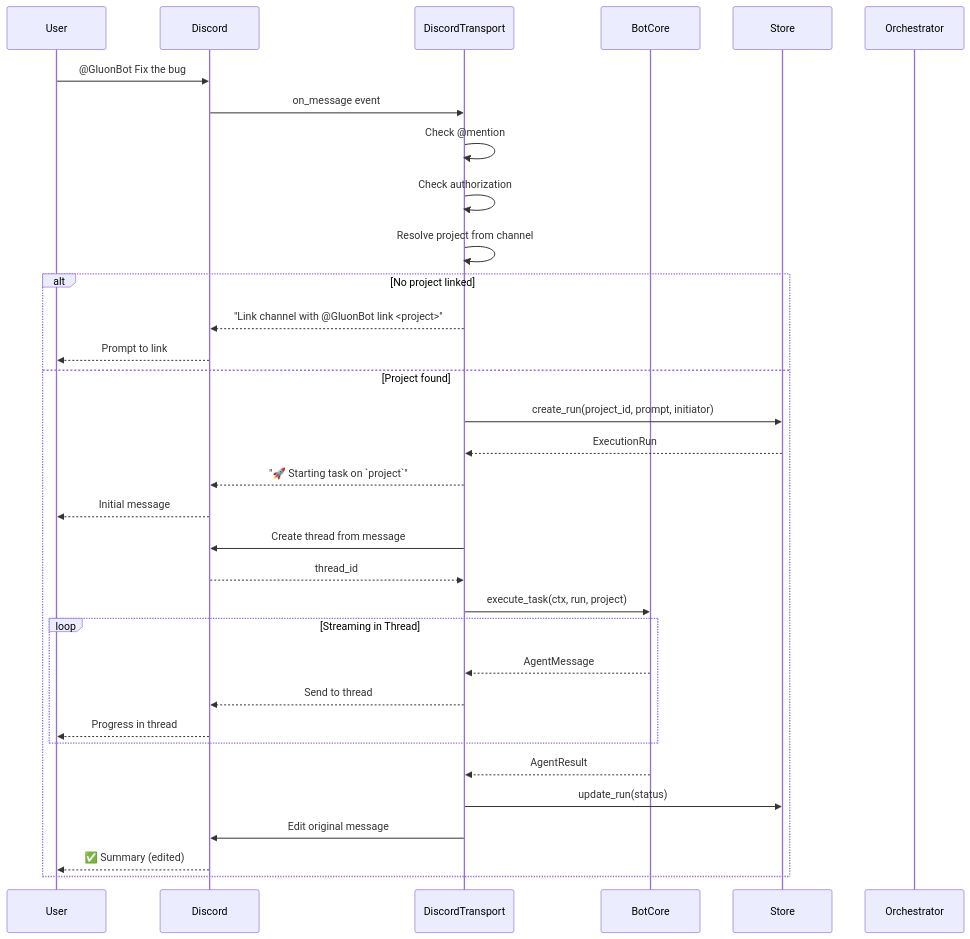
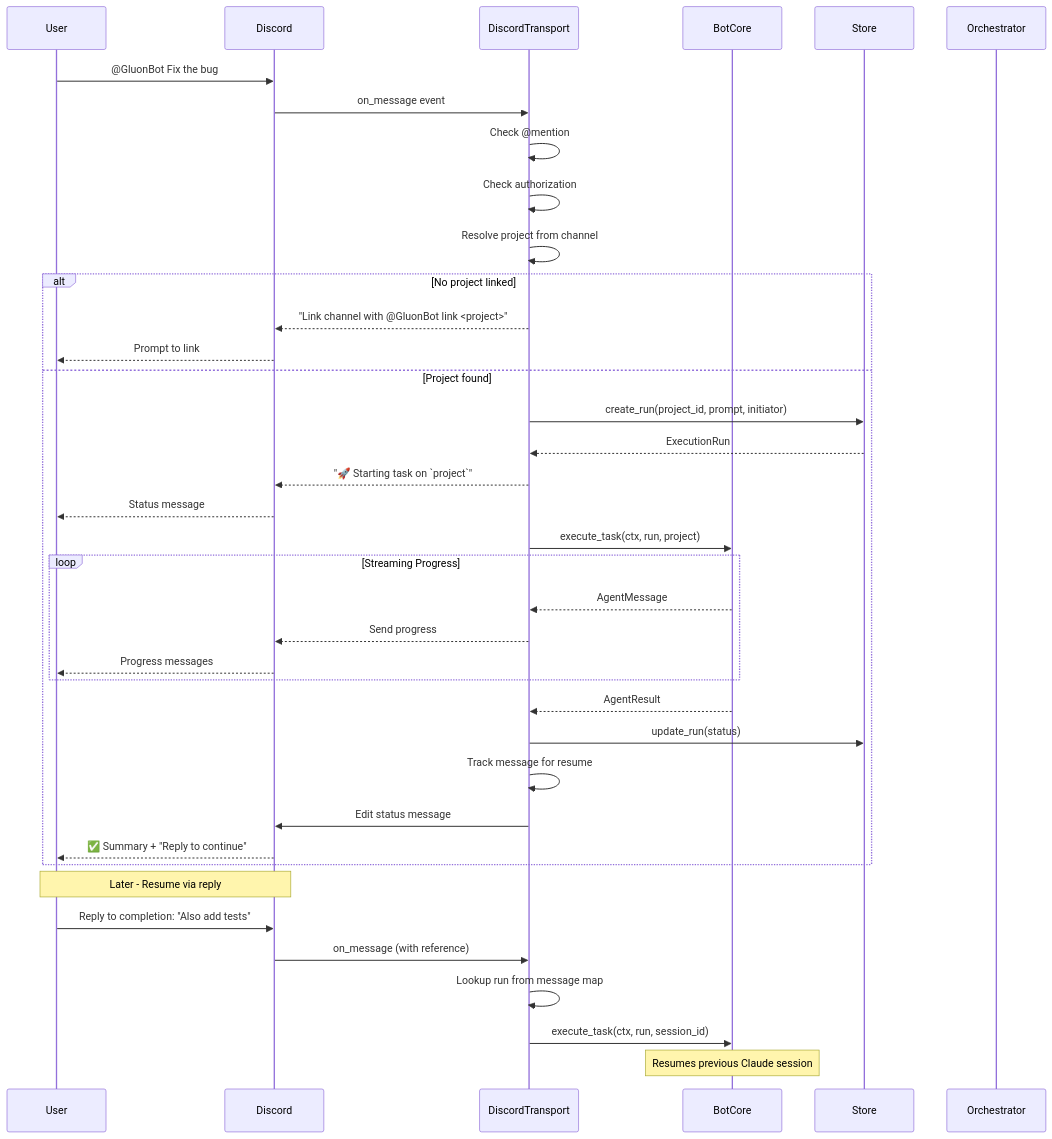
The tenth of 18 diagrams in README.md (carrotly-ai/gluon-agent), drawn with Mermaid before and after one commit. The commit also changed other lines of this file and 4 other files, not shown here.

First line of the commit message:
docs: update documentation for multi-transport and Discord features

````diff
--- a/README.md
+++ b/README.md
@@ -442,43 +442,48 @@
 ```mermaid
 sequenceDiagram
     participant User
     participant Discord
     participant DiscordTransport
     participant BotCore
     participant Store
     participant Orchestrator
 
     User->>Discord: @GluonBot Fix the bug
     Discord->>DiscordTransport: on_message event
 
     DiscordTransport->>DiscordTransport: Check @mention
     DiscordTransport->>DiscordTransport: Check authorization
     DiscordTransport->>DiscordTransport: Resolve project from channel
 
     alt No project linked
         DiscordTransport-->>Discord: "Link channel with @GluonBot link <project>"
         Discord-->>User: Prompt to link
     else Project found
         DiscordTransport->>Store: create_run(project_id, prompt, initiator)
         Store-->>DiscordTransport: ExecutionRun
 
         DiscordTransport-->>Discord: "🚀 Starting task on `project`"
-        Discord-->>User: Initial message
-
-        DiscordTransport->>Discord: Create thread from message
-        Discord-->>DiscordTransport: thread_id
+        Discord-->>User: Status message
 
         DiscordTransport->>BotCore: execute_task(ctx, run, project)
 
-        loop Streaming in Thread
+        loop Streaming Progress
             BotCore-->>DiscordTransport: AgentMessage
-            DiscordTransport-->>Discord: Send to thread
-            Discord-->>User: Progress in thread
+            DiscordTransport-->>Discord: Send progress
+            Discord-->>User: Progress messages
         end
 
         BotCore-->>DiscordTransport: AgentResult
         DiscordTransport->>Store: update_run(status)
-        DiscordTransport->>Discord: Edit original message
-        Discord-->>User: ✅ Summary (edited)
+        DiscordTransport->>DiscordTransport: Track message for resume
+        DiscordTransport->>Discord: Edit status message
+        Discord-->>User: ✅ Summary + "Reply to continue"
     end
+
+    Note over User,Discord: Later - Resume via reply
+    User->>Discord: Reply to completion: "Also add tests"
+    Discord->>DiscordTransport: on_message (with reference)
+    DiscordTransport->>DiscordTransport: Lookup run from message map
+    DiscordTransport->>BotCore: execute_task(ctx, run, session_id)
+    Note over BotCore: Resumes previous Claude session
 ```
````
